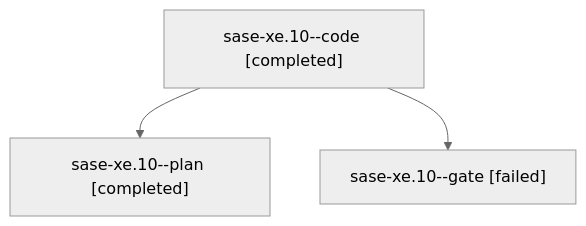
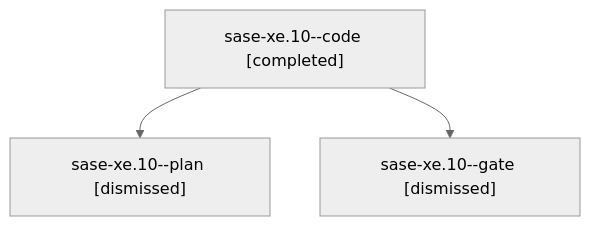
One commit to sase-org/sase--agents changed the diagram in families/bbugyi200.athena.sase-xe.10.md. Above: the diagram before and after it, drawn with Mermaid (neutral theme). The commit also changed other lines of this file and 305 other files, not shown here.

````diff
--- a/families/bbugyi200.athena.sase-xe.10.md
+++ b/families/bbugyi200.athena.sase-xe.10.md
@@ -9,8 +9,8 @@
 ```mermaid
 flowchart TD
   n0["sase-xe.10--code [completed]"]
-  n1["sase-xe.10--plan [completed]"]
+  n1["sase-xe.10--plan [dismissed]"]
   n0 --> n1
-  n2["sase-xe.10--gate [failed]"]
+  n2["sase-xe.10--gate [dismissed]"]
   n0 --> n2
 ```
````
